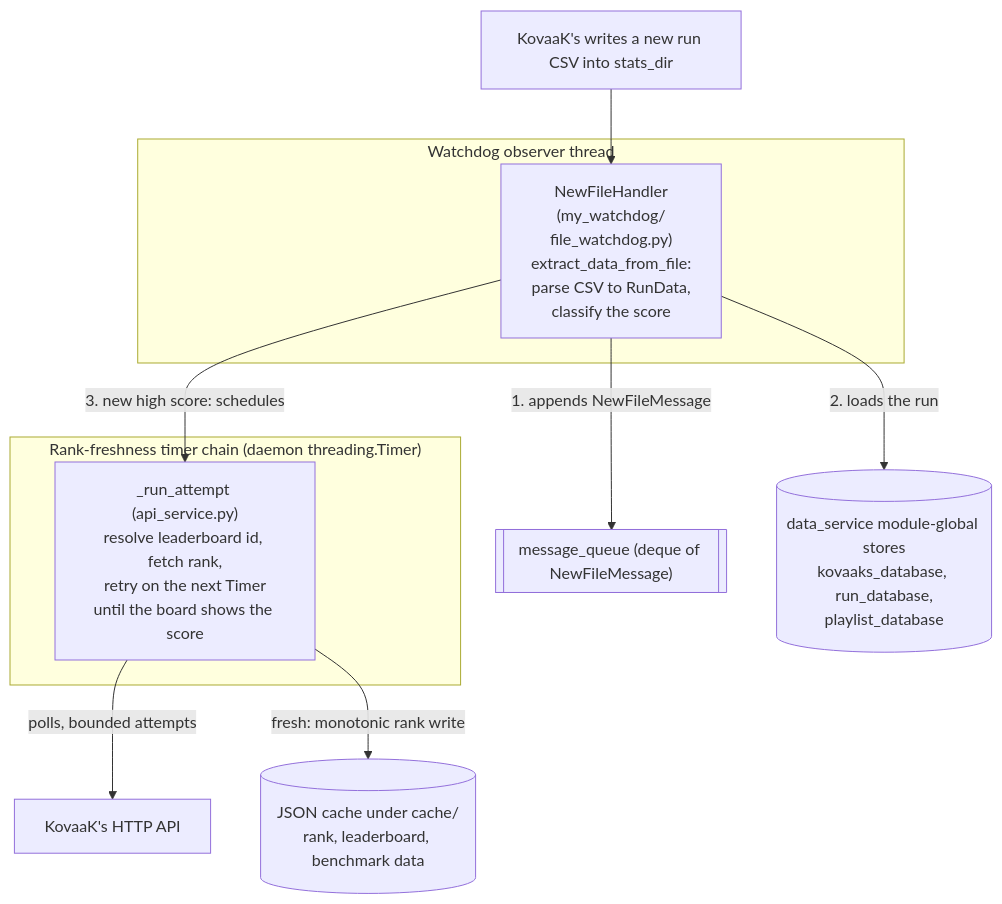
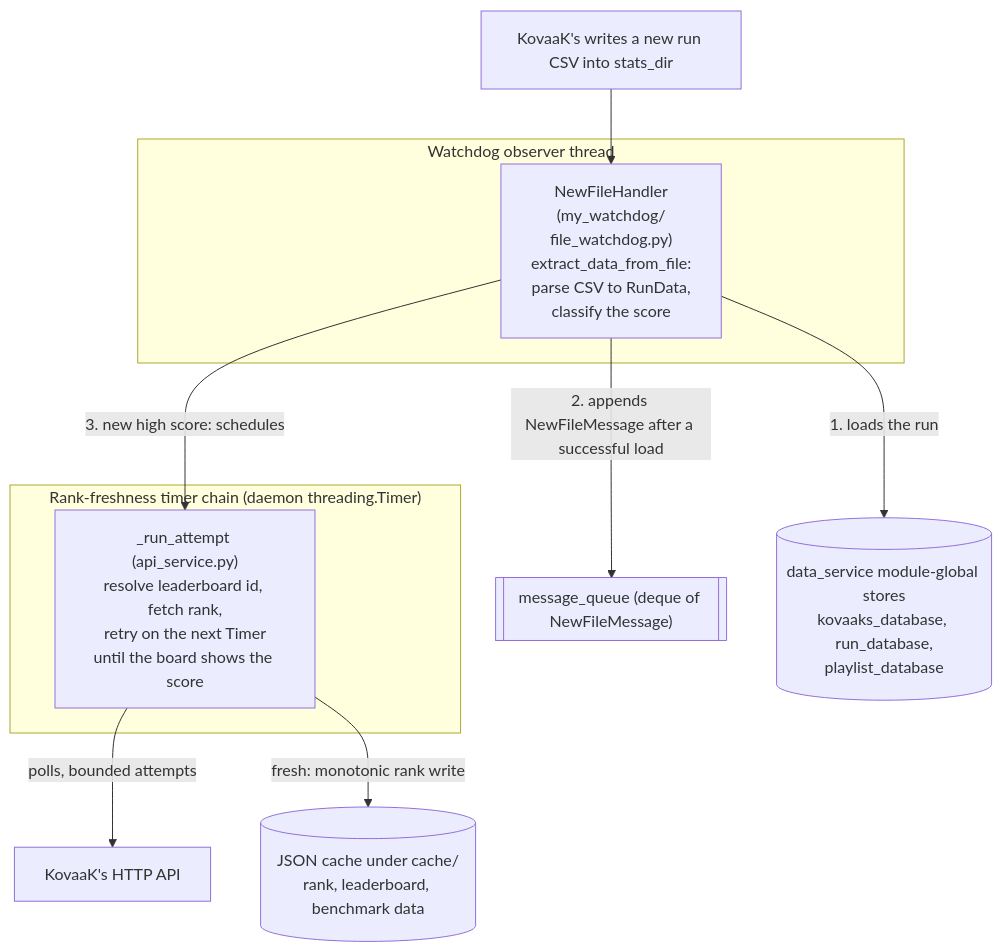
The first of 3 diagrams in docs/architecture.md (MingoDynasty/Corporate-Serf-Dashboard), drawn with Mermaid before and after one commit. The commit also changed other lines of this file and 10 other files, not shown here.

````diff
--- a/docs/architecture.md
+++ b/docs/architecture.md
@@ -35,24 +35,24 @@
 ```mermaid
 flowchart TD
     Game["KovaaK's writes a new run CSV into stats_dir"]
 
     subgraph Watchdog["Watchdog observer thread"]
         Handler["NewFileHandler<br/>(my_watchdog/<br/>file_watchdog.py)<br/>extract_data_from_file:<br/>parse CSV to RunData,<br/>classify the score"]
     end
 
     subgraph Timers["Rank-freshness timer chain (daemon threading.Timer)"]
         Attempt["_run_attempt (api_service.py)<br/>resolve leaderboard id, fetch rank,<br/>retry on the next Timer<br/>until the board shows the score"]
     end
 
     Queue[["message_queue (deque of NewFileMessage)"]]
     Stores[("data_service module-global stores<br/>kovaaks_database, run_database,<br/>playlist_database")]
     Cache[("JSON cache under cache/<br/>rank, leaderboard, benchmark data")]
     API["KovaaK's HTTP API"]
 
     Game --> Handler
-    Handler -->|"1. appends NewFileMessage"| Queue
-    Handler -->|"2. loads the run"| Stores
+    Handler -->|"1. loads the run"| Stores
+    Handler -->|"2. appends NewFileMessage after a successful load"| Queue
     Handler -->|"3. new high score: schedules"| Attempt
     Attempt -->|"polls, bounded attempts"| API
     Attempt -->|"fresh: monotonic rank write"| Cache
 ```
````
